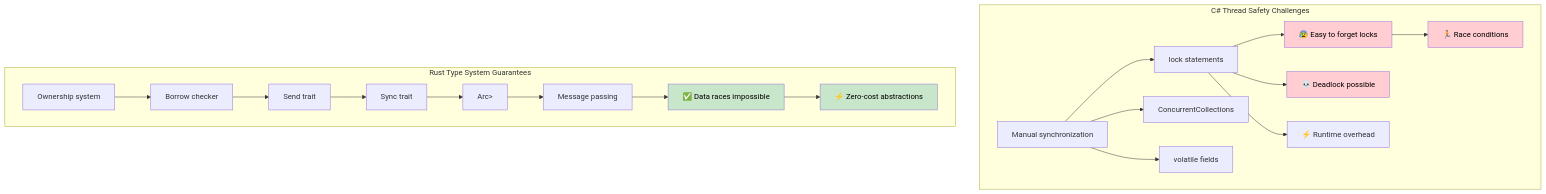
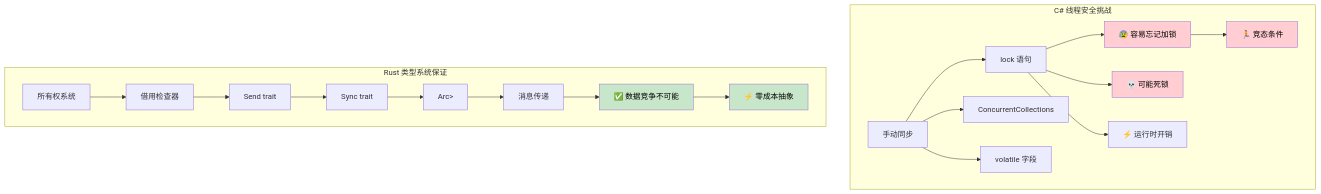
One commit to zyxisme/microsoft-RustTraining-cn changed the diagram in csharp-book/src/ch13-concurrency.md. Above: the diagram before and after it, drawn with Mermaid. The commit also changed other lines of this file and 37 other files, not shown here.

````diff
--- a/csharp-book/src/ch13-concurrency.md
+++ b/csharp-book/src/ch13-concurrency.md
@@ -220,46 +220,46 @@
 ```mermaid
 graph TD
-    subgraph "C# Thread Safety Challenges"
-        CS_MANUAL["Manual synchronization"]
-        CS_LOCKS["lock statements"]
+    subgraph "C# 线程安全挑战"
+        CS_MANUAL["手动同步"]
+        CS_LOCKS["lock 语句"]
         CS_CONCURRENT["ConcurrentCollections"]
-        CS_VOLATILE["volatile fields"]
-        CS_FORGET["😰 Easy to forget locks"]
-        CS_DEADLOCK["💀 Deadlock possible"]
-        CS_RACE["🏃 Race conditions"]
-        CS_OVERHEAD["⚡ Runtime overhead"]
-        
+        CS_VOLATILE["volatile 字段"]
+        CS_FORGET["😰 容易忘记加锁"]
+        CS_DEADLOCK["💀 可能死锁"]
+        CS_RACE["🏃 竞态条件"]
+        CS_OVERHEAD["⚡ 运行时开销"]
+
         CS_MANUAL --> CS_LOCKS
         CS_MANUAL --> CS_CONCURRENT
         CS_MANUAL --> CS_VOLATILE
         CS_LOCKS --> CS_FORGET
         CS_LOCKS --> CS_DEADLOCK
         CS_FORGET --> CS_RACE
         CS_LOCKS --> CS_OVERHEAD
     end
-    
-    subgraph "Rust Type System Guarantees"
-        RUST_OWNERSHIP["Ownership system"]
-        RUST_BORROWING["Borrow checker"]
+
+    subgraph "Rust 类型系统保证"
+        RUST_OWNERSHIP["所有权系统"]
+        RUST_BORROWING["借用检查器"]
         RUST_SEND["Send trait"]
         RUST_SYNC["Sync trait"]
         RUST_ARC["Arc<Mutex<T>>"]
-        RUST_CHANNELS["Message passing"]
-        RUST_SAFE["✅ Data races impossible"]
-        RUST_FAST["⚡ Zero-cost abstractions"]
-        
+        RUST_CHANNELS["消息传递"]
+        RUST_SAFE["✅ 数据竞争不可能"]
+        RUST_FAST["⚡ 零成本抽象"]
+
         RUST_OWNERSHIP --> RUST_BORROWING
         RUST_BORROWING --> RUST_SEND
         RUST_SEND --> RUST_SYNC
         RUST_SYNC --> RUST_ARC
         RUST_ARC --> RUST_CHANNELS
         RUST_CHANNELS --> RUST_SAFE
         RUST_SAFE --> RUST_FAST
     end
-    
+
     style CS_FORGET fill:#ffcdd2,color:#000
     style CS_DEADLOCK fill:#ffcdd2,color:#000
     style CS_RACE fill:#ffcdd2,color:#000
     style RUST_SAFE fill:#c8e6c9,color:#000
     style RUST_FAST fill:#c8e6c9,color:#000
 ```
````
